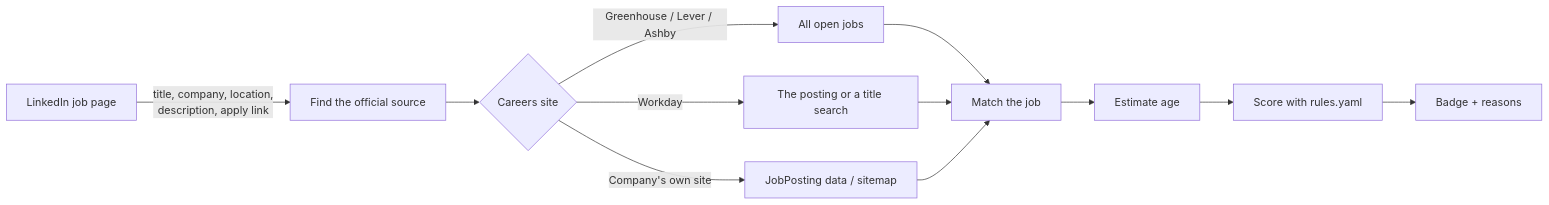
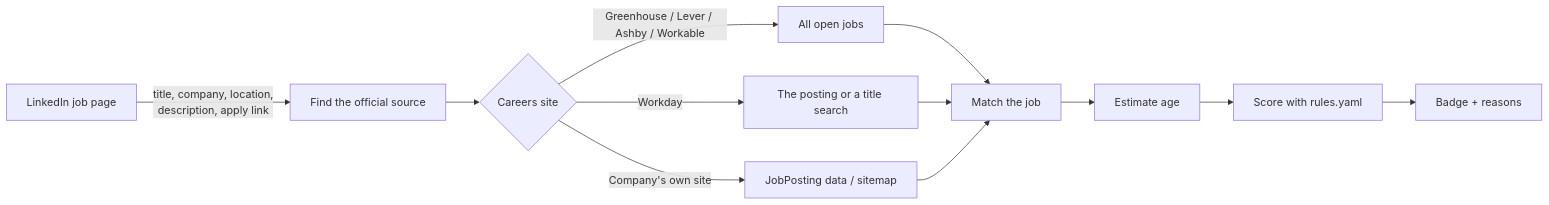
One commit to HKbroTher/GhostCheck changed the diagram in README.md. Above: the diagram before and after it, drawn with Mermaid. The commit also changed other lines of this file and 2 other files, not shown here.

Commit message:
Add Sakana AI (Workable) to companies.json; document Workable and linked-ATS checks

````diff
--- a/README.md
+++ b/README.md
@@ -32,12 +32,12 @@
 ```mermaid
 flowchart LR
   A[LinkedIn job page] -->|title, company, location,<br>description, apply link| B[Find the official source]
   B --> C{Careers site}
-  C -->|Greenhouse / Lever / Ashby| D[All open jobs]
+  C -->|Greenhouse / Lever / Ashby / Workable| D[All open jobs]
   C -->|Workday| E[The posting or a title search]
   C -->|Company's own site| F[JobPosting data / sitemap]
   D & E & F --> G[Match the job]
   G --> H[Estimate age]
   H --> I[Score with rules.yaml]
   I --> J[Badge + reasons]
 ```
````
